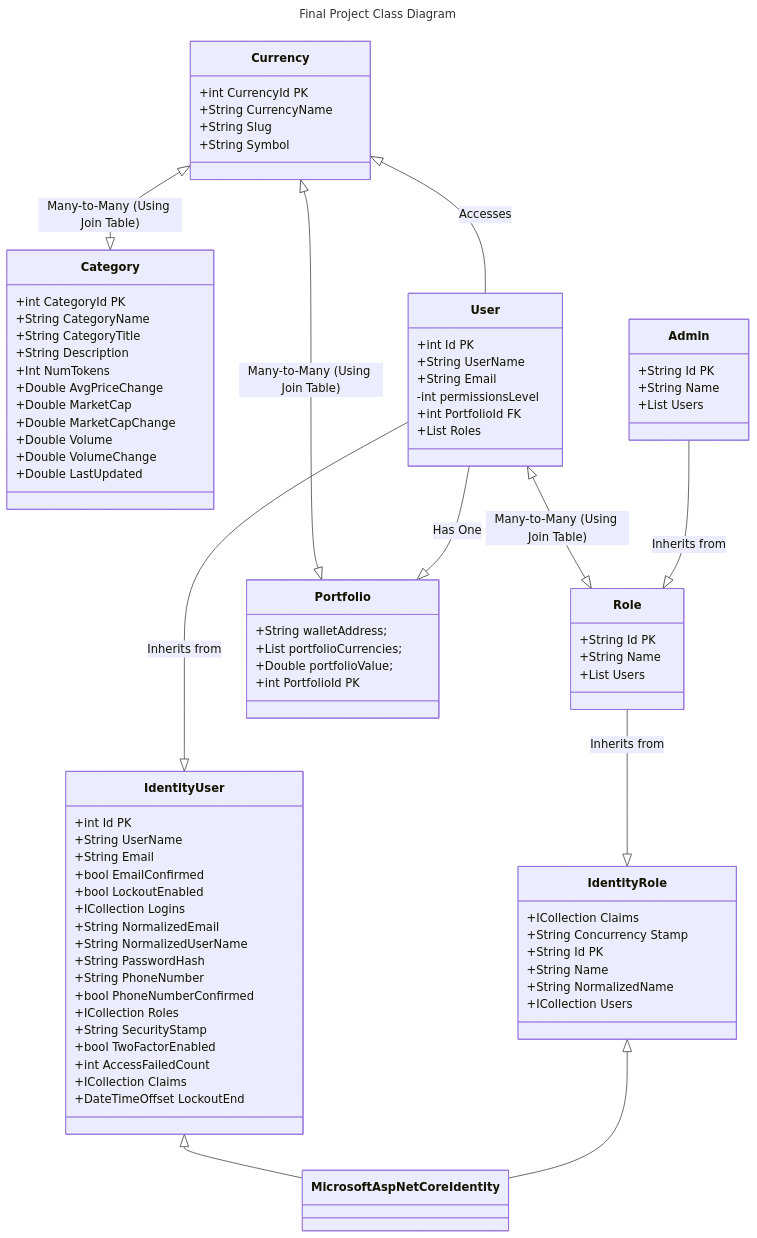
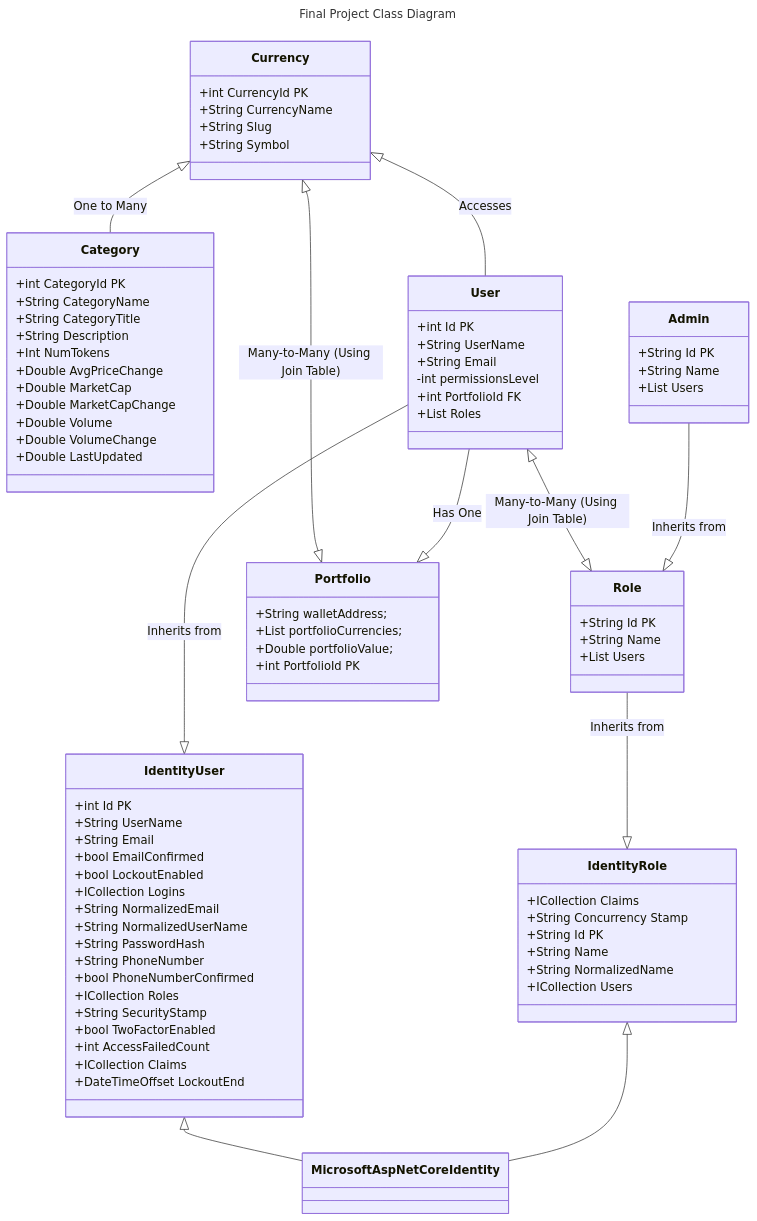
One commit to GrantRynders/ASPdemo changed the diagram in README.md. Above: the diagram before and after it, drawn with Mermaid. The commit also changed 3 other files, not shown here.

```diff
--- a/README.md
+++ b/README.md
@@ -3,7 +3,7 @@
 title: Final Project Class Diagram
 ---
 classDiagram
-    Currency <|--|> Category : Many-to-Many (Using Join Table)
+    Currency <|-- Category : One to Many
     Currency <|-- User : Accesses
     
     
```
